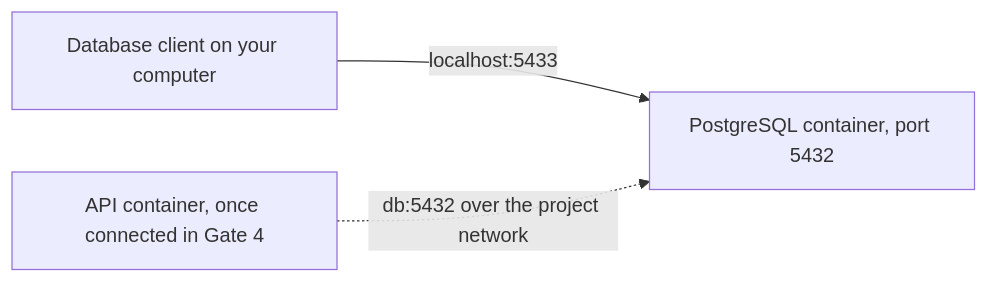
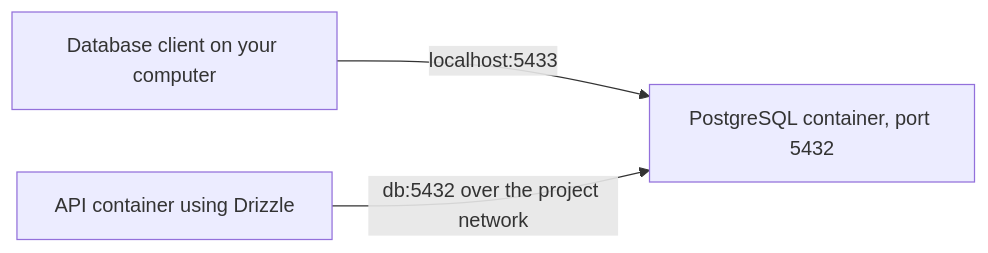
The sixth of 8 diagrams in docs/docker-guide.md (jaminwebdev/hono-drizzle-api), drawn with Mermaid before and after one commit. The commit also changed other lines of this file and 19 other files, not shown here.

````diff
--- a/docs/docker-guide.md
+++ b/docs/docker-guide.md
@@ -564,5 +567,5 @@
 ```mermaid
 flowchart LR
     Client["Database client on your computer"] -->|"localhost:5433"| DB["PostgreSQL container, port 5432"]
-    API["API container, once connected in Gate 4"] -.->|"db:5432 over the project network"| DB
+    API["API container using Drizzle"] -->|"db:5432 over the project network"| DB
 ```
````
